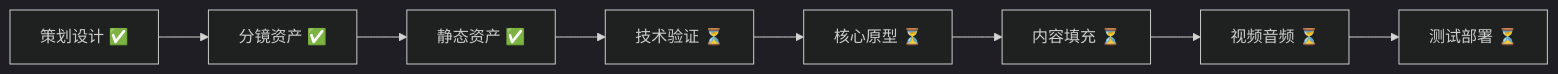
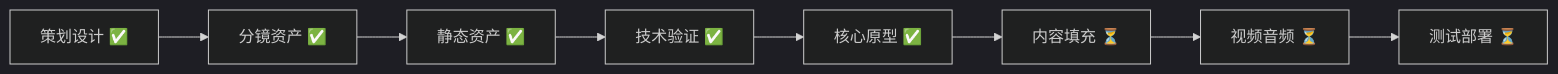
Before and after one commit to AvrovaDonz2026/KeepSilentForMe: the diagram in README.md, drawn with Mermaid (dark theme). The commit also changed other lines of this file and 81 other files, not shown here.

````diff
--- a/README.md
+++ b/README.md
@@ -326,10 +323,10 @@
 ```mermaid
 graph LR
     A[策划设计 ✅] --> B[分镜资产 ✅]
     B --> C[静态资产 ✅]
-    C --> D[技术验证 ⏳]
-    D --> E[核心原型 ⏳]
+    C --> D[技术验证 ✅]
+    D --> E[核心原型 ✅]
     E --> F[内容填充 ⏳]
     F --> G[视频音频 ⏳]
     G --> H[测试部署 ⏳]
 ```
````
